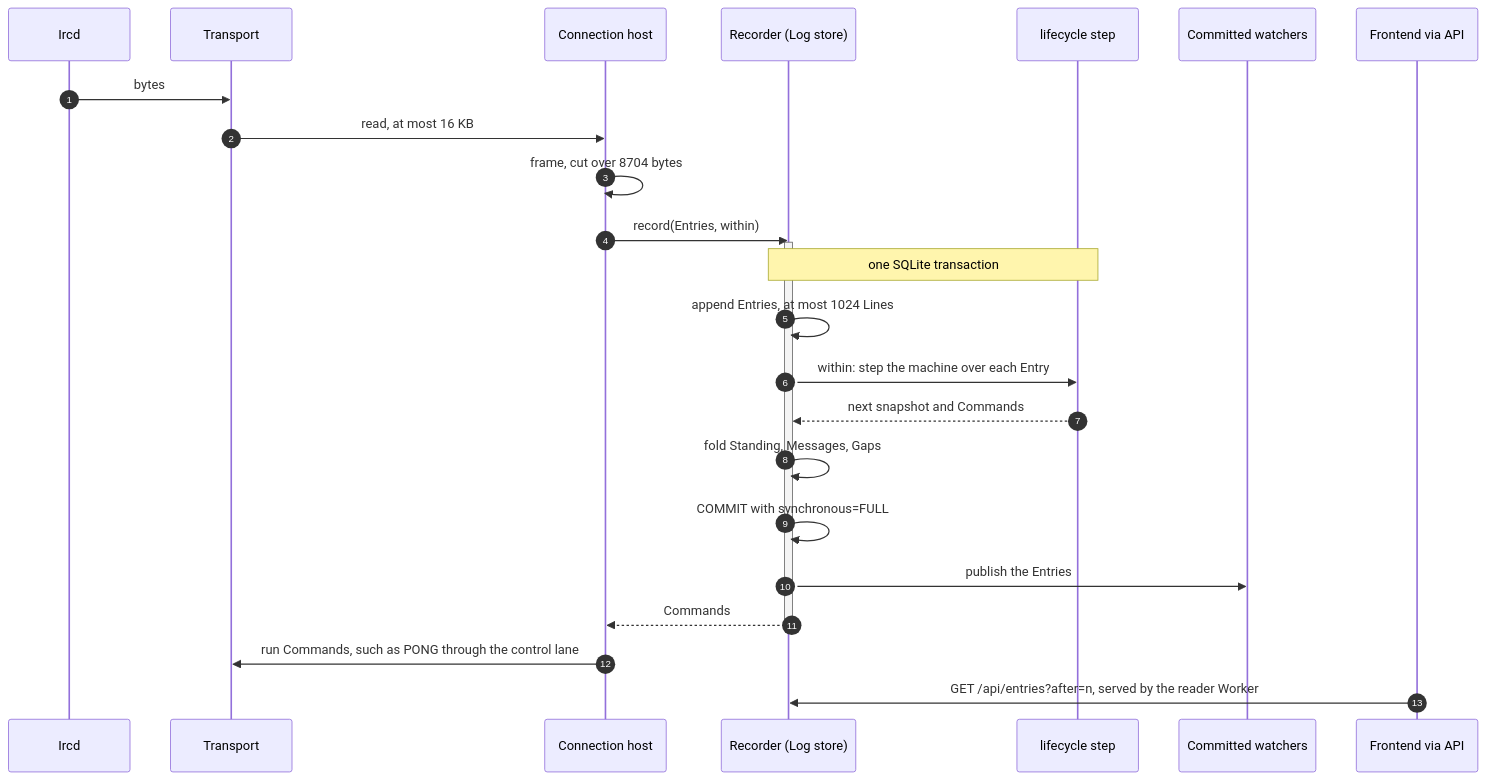
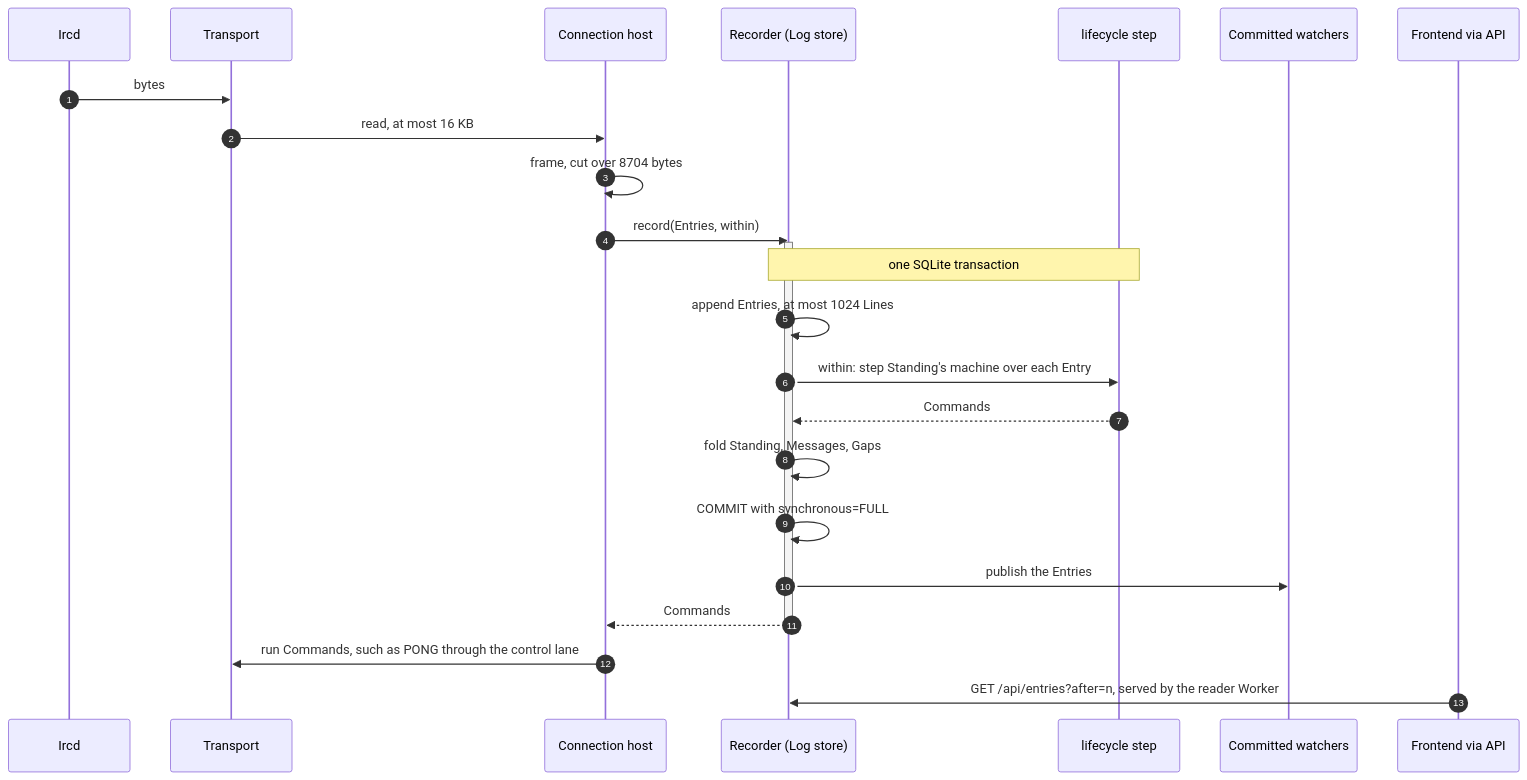
The second of 5 diagrams in docs/architecture.md (deankerr/iirc), drawn with Mermaid before and after one commit. The commit also changed 12 other files, not shown here.

First line of the commit message:
Step the machine Standing holds, and keep no copy in the host

````diff
--- a/docs/architecture.md
+++ b/docs/architecture.md
@@ -80,27 +80,27 @@
 ```mermaid
 sequenceDiagram
   autonumber
   participant Ircd
   participant T as Transport
   participant H as Connection host
   participant R as Recorder (Log store)
   participant M as lifecycle step
   participant W as Committed watchers
   participant F as Frontend via API
   Ircd->>T: bytes
   T->>H: read, at most 16 KB
   H->>H: frame, cut over 8704 bytes
   H->>R: record(Entries, within)
   activate R
   Note over R,M: one SQLite transaction
   R->>R: append Entries, at most 1024 Lines
-  R->>M: within: step the machine over each Entry
-  M-->>R: next snapshot and Commands
+  R->>M: within: step Standing's machine over each Entry
+  M-->>R: Commands
   R->>R: fold Standing, Messages, Gaps
   R->>R: COMMIT with synchronous=FULL
   R->>W: publish the Entries
   R-->>H: Commands
   deactivate R
   H->>T: run Commands, such as PONG through the control lane
   F->>R: GET /api/entries?after=n, served by the reader Worker
 ```
````
